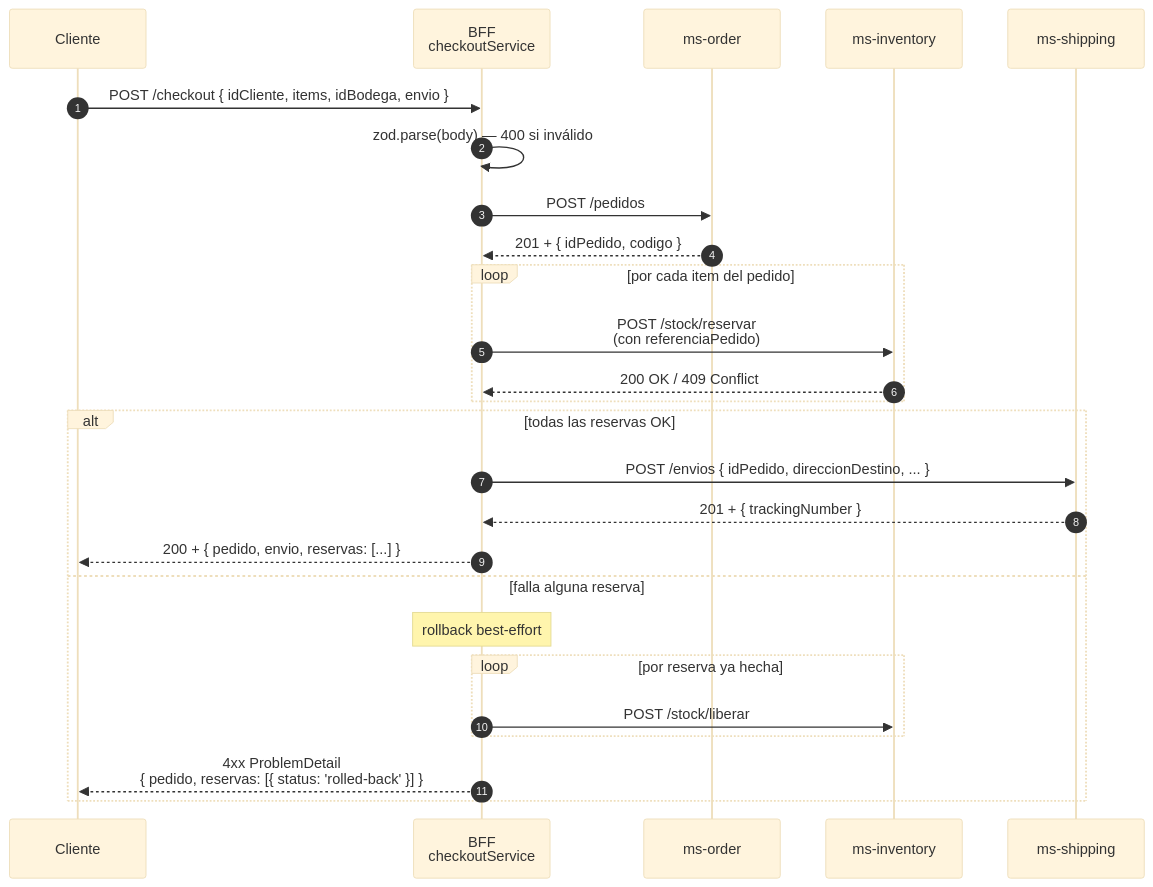
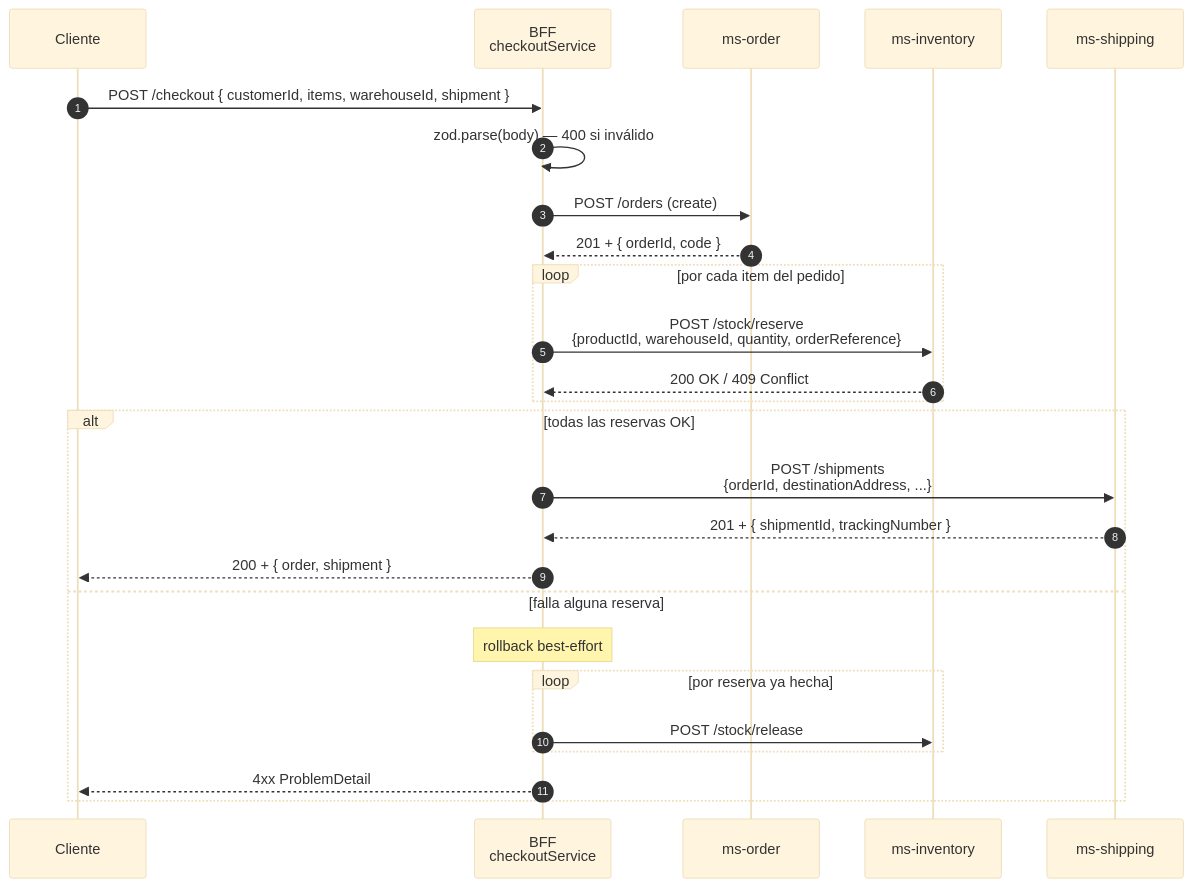
Before and after one commit to smartLogixfs/smartlogixs: the third of 3 diagrams in backend/bff/README.md, drawn with Mermaid (base theme). The commit also changed other lines of this file and 8 other files, not shown here.

````diff
--- a/backend/bff/README.md
+++ b/backend/bff/README.md
@@ -120,31 +130,31 @@
 ```mermaid
 sequenceDiagram
     autonumber
     participant C as Cliente
     participant B as BFF<br/>checkoutService
     participant O as ms-order
     participant I as ms-inventory
     participant S as ms-shipping
 
-    C->>B: POST /checkout { idCliente, items, idBodega, envio }
+    C->>B: POST /checkout { customerId, items, warehouseId, shipment }
     B->>B: zod.parse(body) — 400 si inválido
-    B->>O: POST /pedidos
-    O-->>B: 201 + { idPedido, codigo }
+    B->>O: POST /orders (create)
+    O-->>B: 201 + { orderId, code }
 
     loop por cada item del pedido
-        B->>I: POST /stock/reservar<br/>(con referenciaPedido)
+        B->>I: POST /stock/reserve<br/>{productId, warehouseId, quantity, orderReference}
         I-->>B: 200 OK / 409 Conflict
     end
 
     alt todas las reservas OK
-        B->>S: POST /envios { idPedido, direccionDestino, ... }
-        S-->>B: 201 + { trackingNumber }
-        B-->>C: 200 + { pedido, envio, reservas: [...] }
+        B->>S: POST /shipments<br/>{orderId, destinationAddress, ...}
+        S-->>B: 201 + { shipmentId, trackingNumber }
+        B-->>C: 200 + { order, shipment }
     else falla alguna reserva
         Note over B: rollback best-effort
         loop por reserva ya hecha
-            B->>I: POST /stock/liberar
+            B->>I: POST /stock/release
         end
-        B-->>C: 4xx ProblemDetail<br/>{ pedido, reservas: [{ status: 'rolled-back' }] }
+        B-->>C: 4xx ProblemDetail
     end
 ```
````
